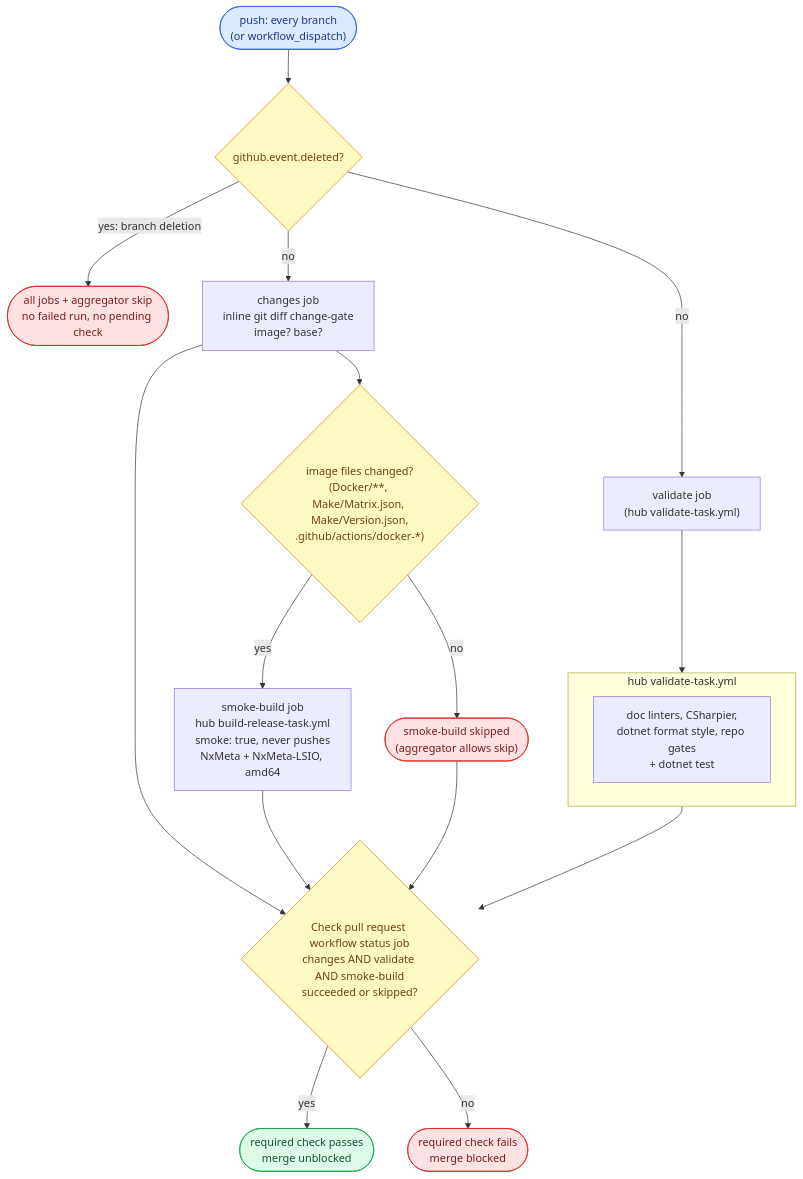
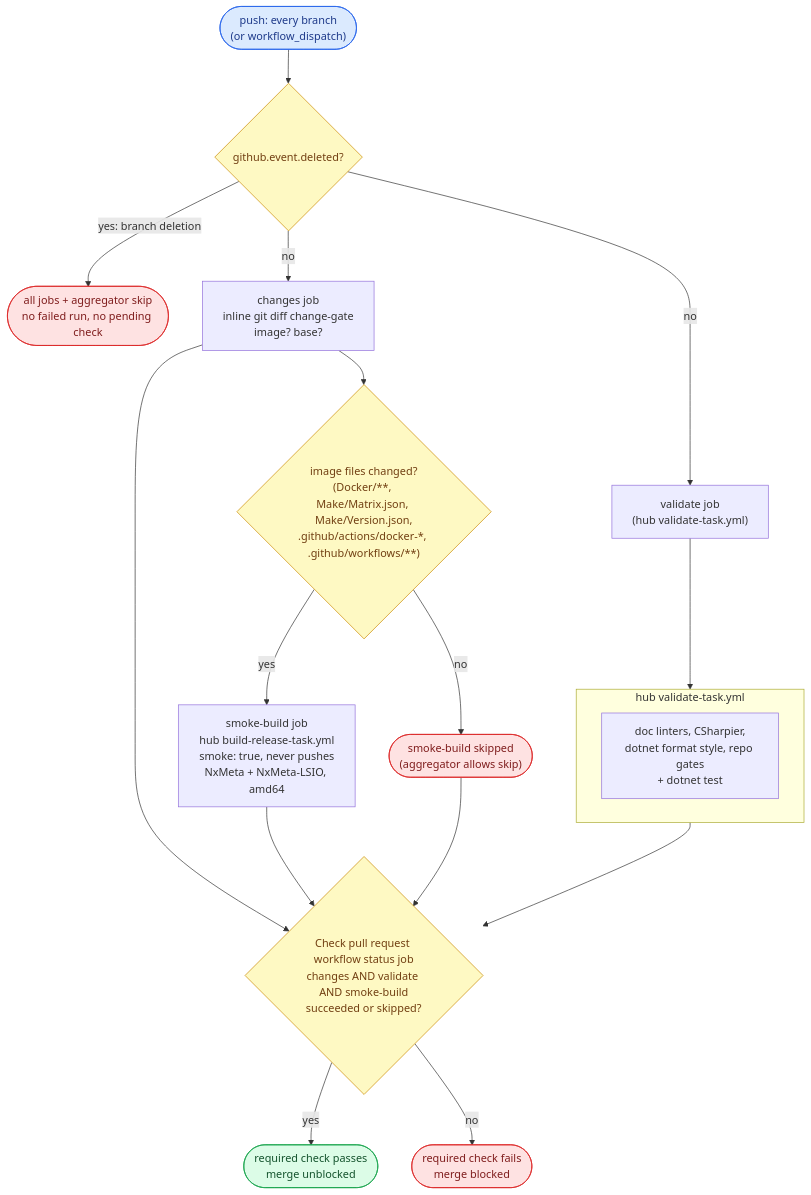
One commit to ptr727/NxWitness changed the first of 4 diagrams in WORKFLOW.md. Above: the diagram before and after it, drawn with Mermaid. The commit also changed other lines of this file and 4 other files, not shown here.

````diff
--- a/WORKFLOW.md
+++ b/WORKFLOW.md
@@ -245,26 +245,26 @@
 ```mermaid
 flowchart TD
     T(["push: every branch<br/>(or workflow_dispatch)"]):::trig
     T --> D{"github.event.deleted?"}:::gate
     D -- "yes: branch deletion" --> X(["all jobs + aggregator skip<br/>no failed run, no pending check"]):::stop
     D -- "no" --> CH["changes job<br/>inline git diff change-gate<br/>image? base?"]
     D -- "no" --> V["validate job<br/>(hub validate-task.yml)"]
     subgraph VT ["hub validate-task.yml"]
         VU["doc linters, CSharpier,<br/>dotnet format style, repo gates<br/>+ dotnet test"]
     end
     V --> VT
-    CH --> SG{"image files changed?<br/>(Docker/**, Make/Matrix.json, Make/Version.json,<br/>.github/actions/docker-*)"}:::gate
+    CH --> SG{"image files changed?<br/>(Docker/**, Make/Matrix.json, Make/Version.json,<br/>.github/actions/docker-*, .github/workflows/**)"}:::gate
     SG -- "no" --> SS(["smoke-build skipped<br/>(aggregator allows skip)"]):::stop
     SG -- "yes" --> S["smoke-build job<br/>hub build-release-task.yml<br/>smoke: true, never pushes<br/>NxMeta + NxMeta-LSIO, amd64"]
     CH --> A
     VT --> A
     S --> A
     SS --> A
     A{"Check pull request workflow status job<br/>changes AND validate AND smoke-build<br/>succeeded or skipped?"}:::gate
     A -- "yes" --> G(["required check passes<br/>merge unblocked"]):::pub
     A -- "no" --> R(["required check fails<br/>merge blocked"]):::stop
     classDef trig fill:#dbeafe,stroke:#2563eb,color:#1e3a8a
     classDef gate fill:#fef9c3,stroke:#ca8a04,color:#713f12
     classDef pub fill:#dcfce7,stroke:#16a34a,color:#14532d
     classDef stop fill:#fee2e2,stroke:#dc2626,color:#7f1d1d
 ```
````
